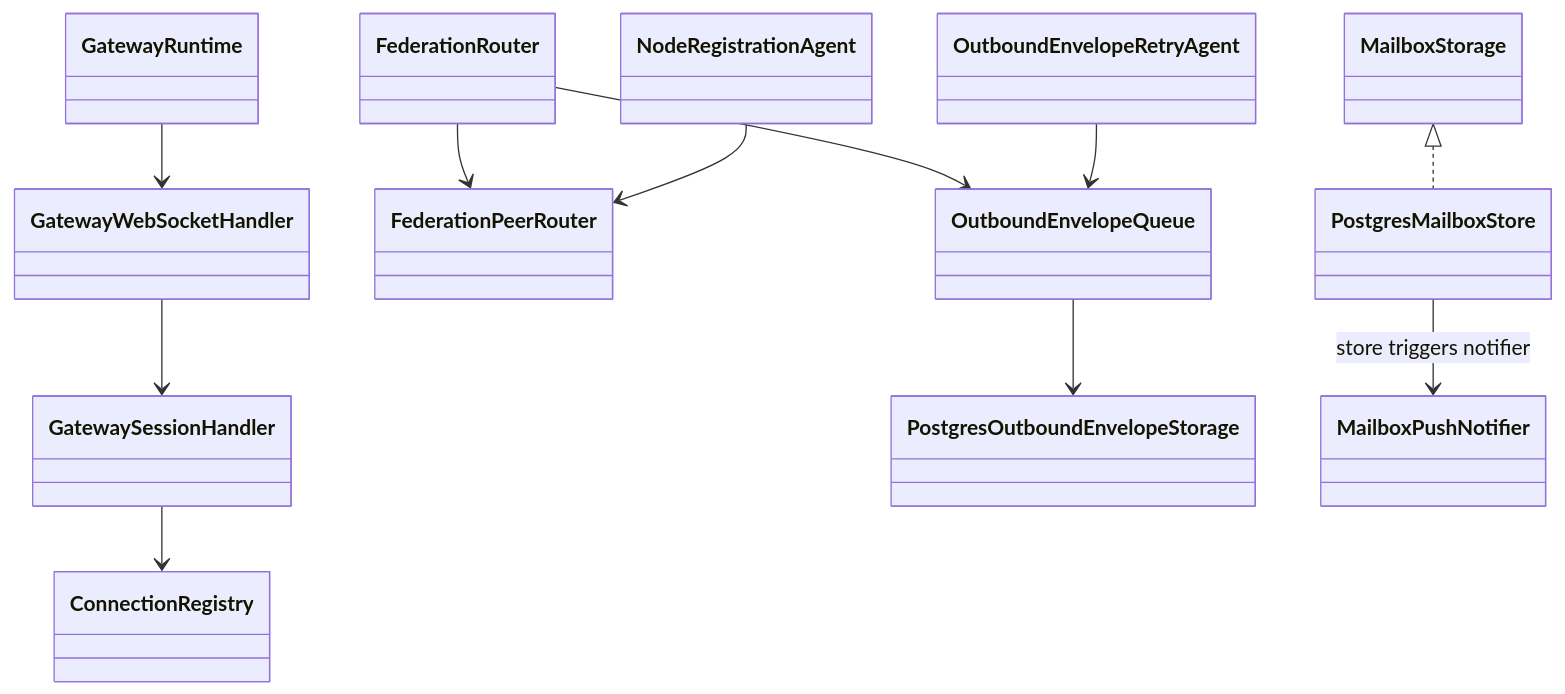
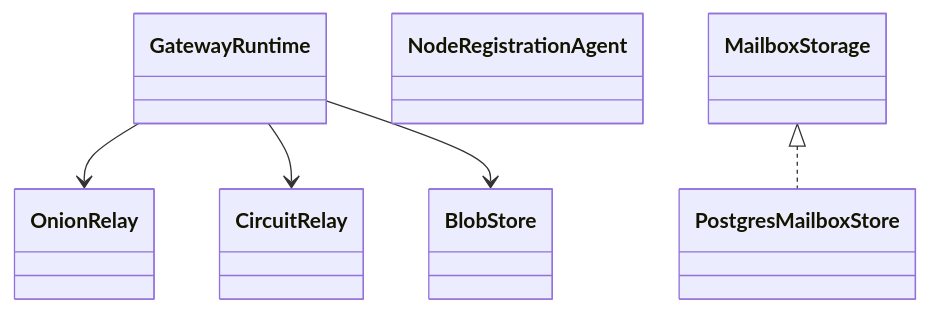
The third of 3 diagrams in docs/server/overview.md (cbgm/Sparrow), drawn with Mermaid before and after one commit. The commit also changed other lines of this file and 1796 other files, not shown here.

````diff
--- a/docs/server/overview.md
+++ b/docs/server/overview.md
@@ -194,29 +154,16 @@
 ```mermaid
 classDiagram
     class GatewayRuntime
-    class GatewayWebSocketHandler
-    class GatewaySessionHandler
-    class ConnectionRegistry
-    class FederationRouter
-    class FederationPeerRouter
-    class OutboundEnvelopeQueue
-    class PostgresOutboundEnvelopeStorage
-    class OutboundEnvelopeRetryAgent
+    class OnionRelay
+    class CircuitRelay
+    class BlobStore
     class NodeRegistrationAgent
     class MailboxStorage
     class PostgresMailboxStore
-    class MailboxPushNotifier
 
-    GatewayRuntime --> GatewayWebSocketHandler
-    GatewayWebSocketHandler --> GatewaySessionHandler
-    GatewaySessionHandler --> ConnectionRegistry
-
-    FederationRouter --> FederationPeerRouter
-    FederationRouter --> OutboundEnvelopeQueue
-    OutboundEnvelopeQueue --> PostgresOutboundEnvelopeStorage
-    OutboundEnvelopeRetryAgent --> OutboundEnvelopeQueue
-    NodeRegistrationAgent --> FederationPeerRouter
+    GatewayRuntime --> OnionRelay
+    GatewayRuntime --> CircuitRelay
+    GatewayRuntime --> BlobStore
 
     MailboxStorage <|.. PostgresMailboxStore
-    PostgresMailboxStore --> MailboxPushNotifier : store triggers notifier
 ```
````
